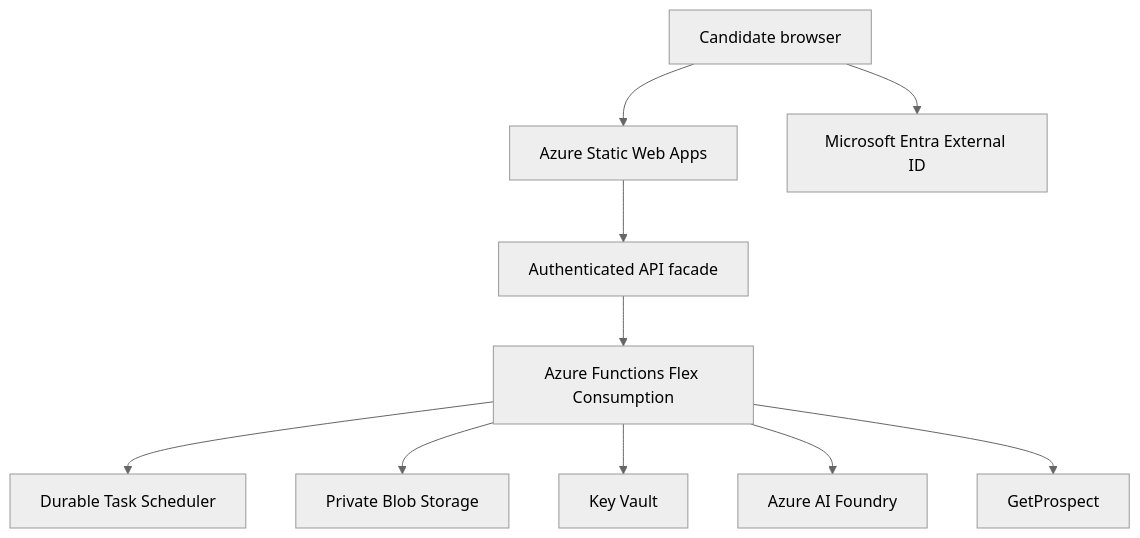
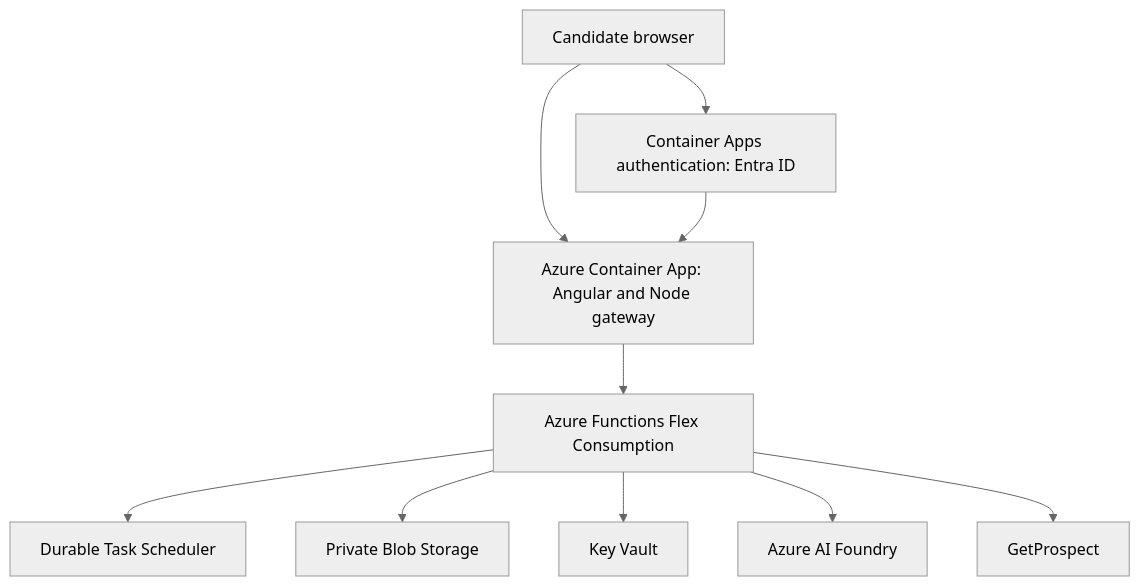
One commit to BahaEdinAbdelkhalek/CareerSignal changed the diagram in docs/azure-hosting.md. Above: the diagram before and after it, drawn with Mermaid (neutral theme). The commit also changed other lines of this file and 22 other files, not shown here.

Commit message:
Add combined Azure container deployment

````diff
--- a/docs/azure-hosting.md
+++ b/docs/azure-hosting.md
@@ -15,23 +15,22 @@
 ```mermaid
 flowchart TD
     Candidate[Candidate browser]
-    Static[Azure Static Web Apps]
-    Identity[Microsoft Entra External ID]
-    Facade[Authenticated API facade]
+    App[Azure Container App: Angular and Node gateway]
+    Identity[Container Apps authentication: Entra ID]
     Functions[Azure Functions Flex Consumption]
     Durable[Durable Task Scheduler]
     Blob[Private Blob Storage]
     Vault[Key Vault]
     Foundry[Azure AI Foundry]
     Prospect[GetProspect]
 
-    Candidate --> Static
+    Candidate --> App
     Candidate --> Identity
-    Static --> Facade
-    Facade --> Functions
+    Identity --> App
+    App --> Functions
     Functions --> Durable
     Functions --> Blob
     Functions --> Vault
     Functions --> Foundry
     Functions --> Prospect
 ```
````
